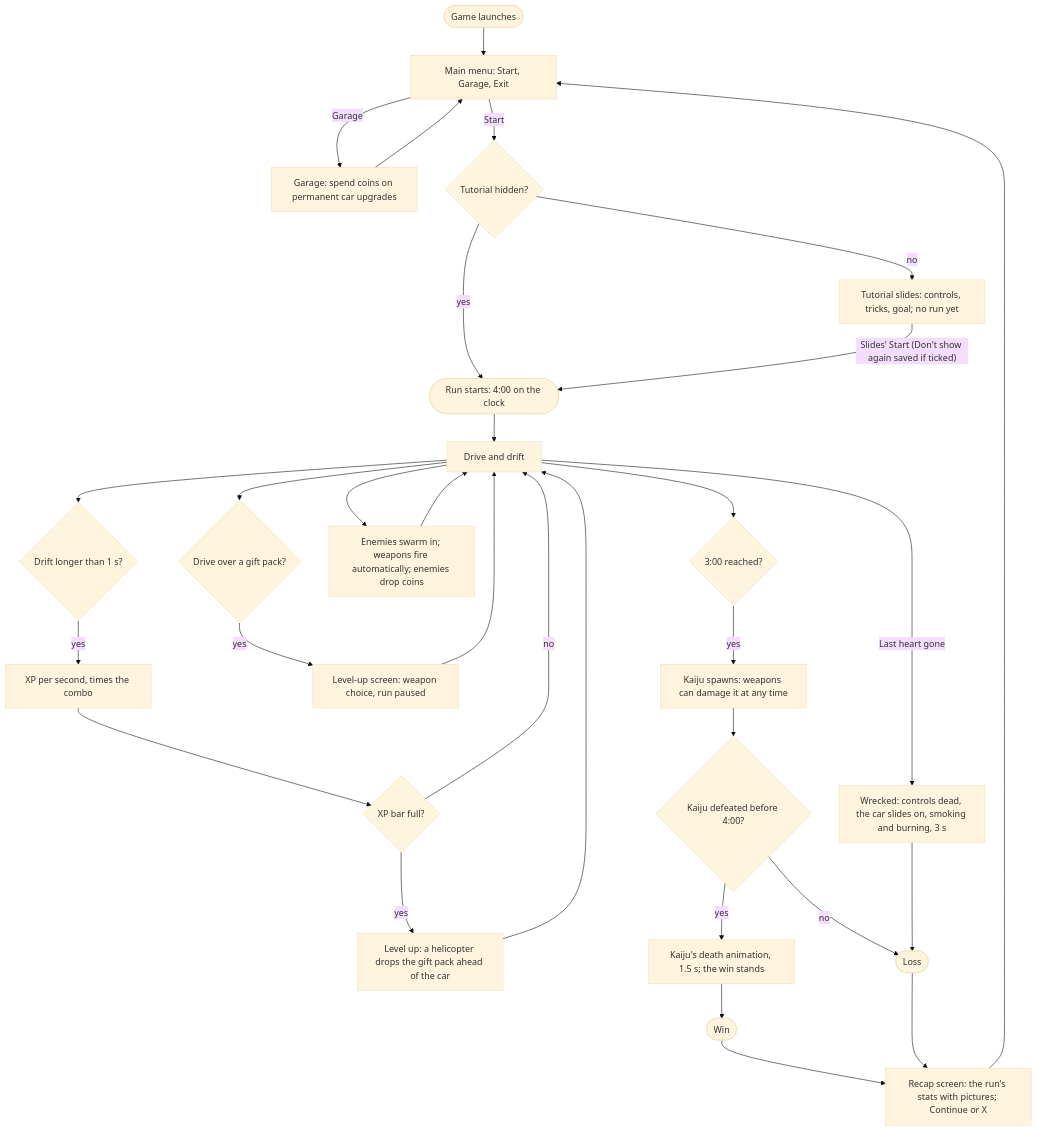
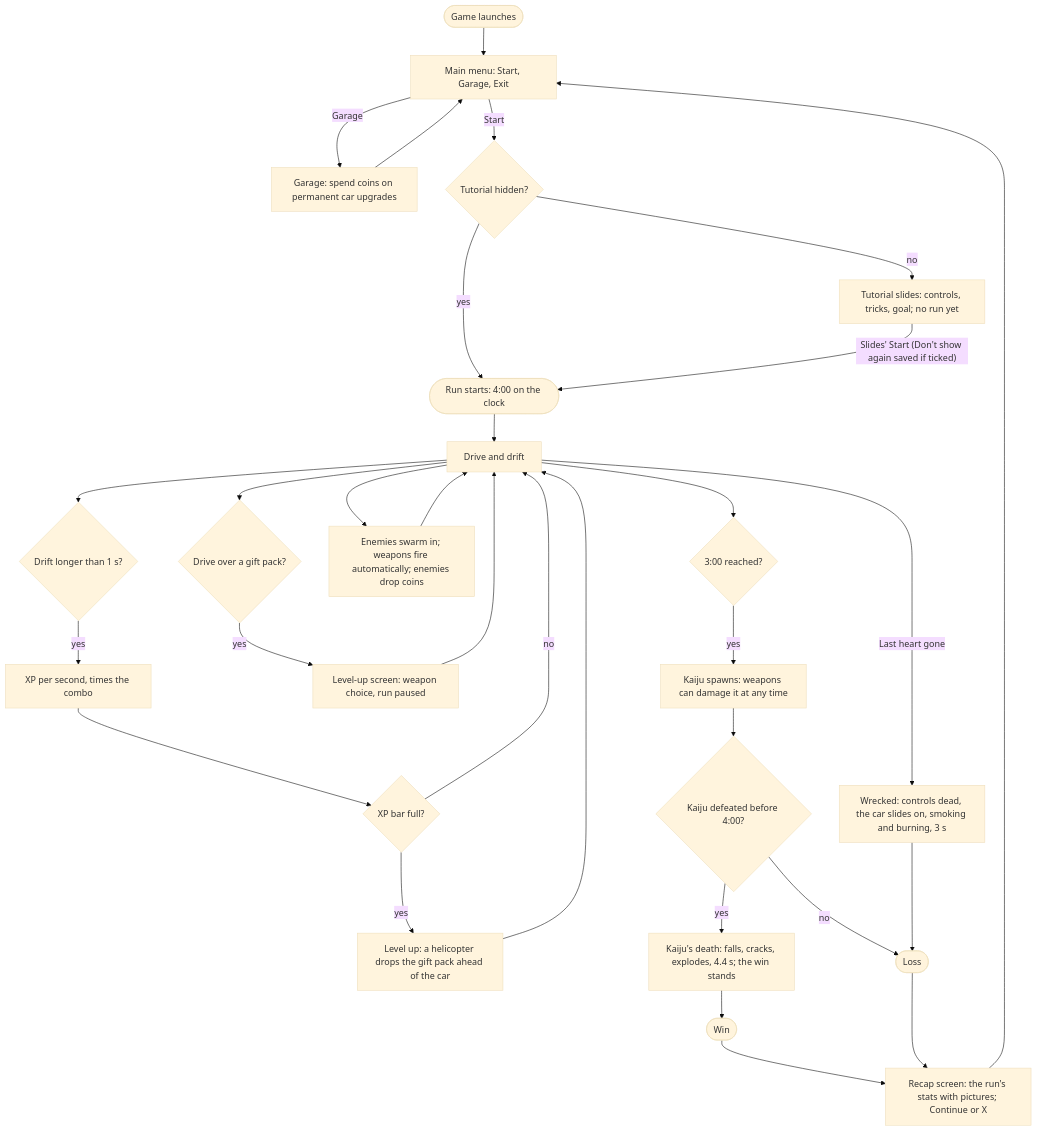
One commit to akyrat/solid-carbide-game changed the diagram in docs/game-loop-architecture.md. Above: the diagram before and after it, drawn with Mermaid (base theme). The commit also changed other lines of this file and 17 other files, not shown here.

Commit message:
T-612 quick tuning 1: the kaiju's death falls flat, cracks with neon green and explodes; the win after the explosion

````diff
--- a/docs/game-loop-architecture.md
+++ b/docs/game-loop-architecture.md
@@ -75,26 +75,26 @@
 ```mermaid
 flowchart TD
     launch([Game launches]) --> menu
     start([Run starts: 4:00 on the clock]) --> drive[Drive and drift]
     drive --> drift{Drift longer than 1 s?}
     drift -- yes --> dxp[XP per second, times the combo] --> lvl{XP bar full?}
     lvl -- yes --> heli[Level up: a helicopter drops the gift pack ahead of the car] --> drive
     drive --> pack{Drive over a gift pack?}
     pack -- yes --> choice[Level-up screen: weapon choice, run paused] --> drive
     lvl -- no --> drive
     drive --> enemies[Enemies swarm in; weapons fire automatically; enemies drop coins] --> drive
     drive --> boss{3:00 reached?}
     boss -- yes --> kaiju[Kaiju spawns: weapons can damage it at any time]
     kaiju --> win{Kaiju defeated before 4:00?}
-    win -- yes --> death[Kaiju's death animation, 1.5 s; the win stands] --> won([Win])
+    win -- yes --> death[Kaiju's death: falls, cracks, explodes, 4.4 s; the win stands] --> won([Win])
     win -- no --> lost([Loss])
     drive -- Last heart gone --> wreck[Wrecked: controls dead, the car slides on, smoking and burning, 3 s] --> lost
     won --> recap[Recap screen: the run's stats with pictures; Continue or X]
     lost --> recap
     recap --> menu[Main menu: Start, Garage, Exit]
     menu -- Garage --> garage[Garage: spend coins on permanent car upgrades] --> menu
     menu -- Start --> hidden{Tutorial hidden?}
     hidden -- yes --> start
     hidden -- no --> slides[Tutorial slides: controls, tricks, goal; no run yet]
     slides -- "Slides' Start (Don't show again saved if ticked)" --> start
 ```
````
